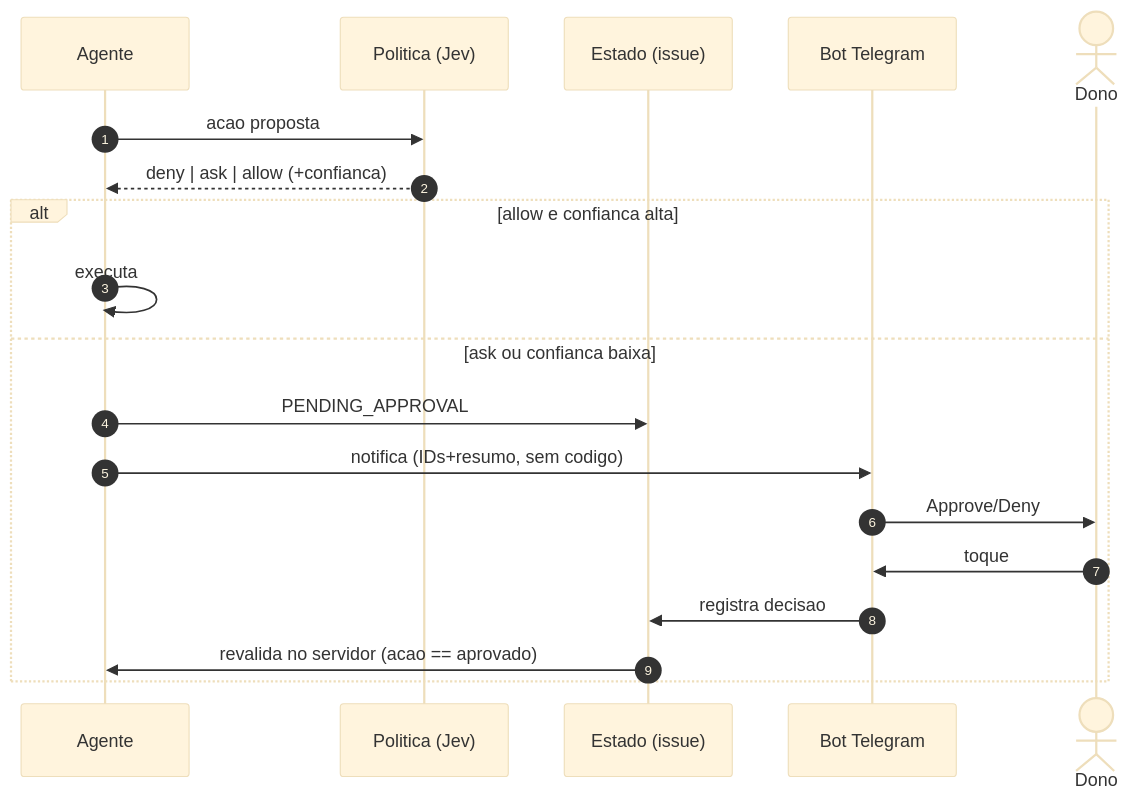
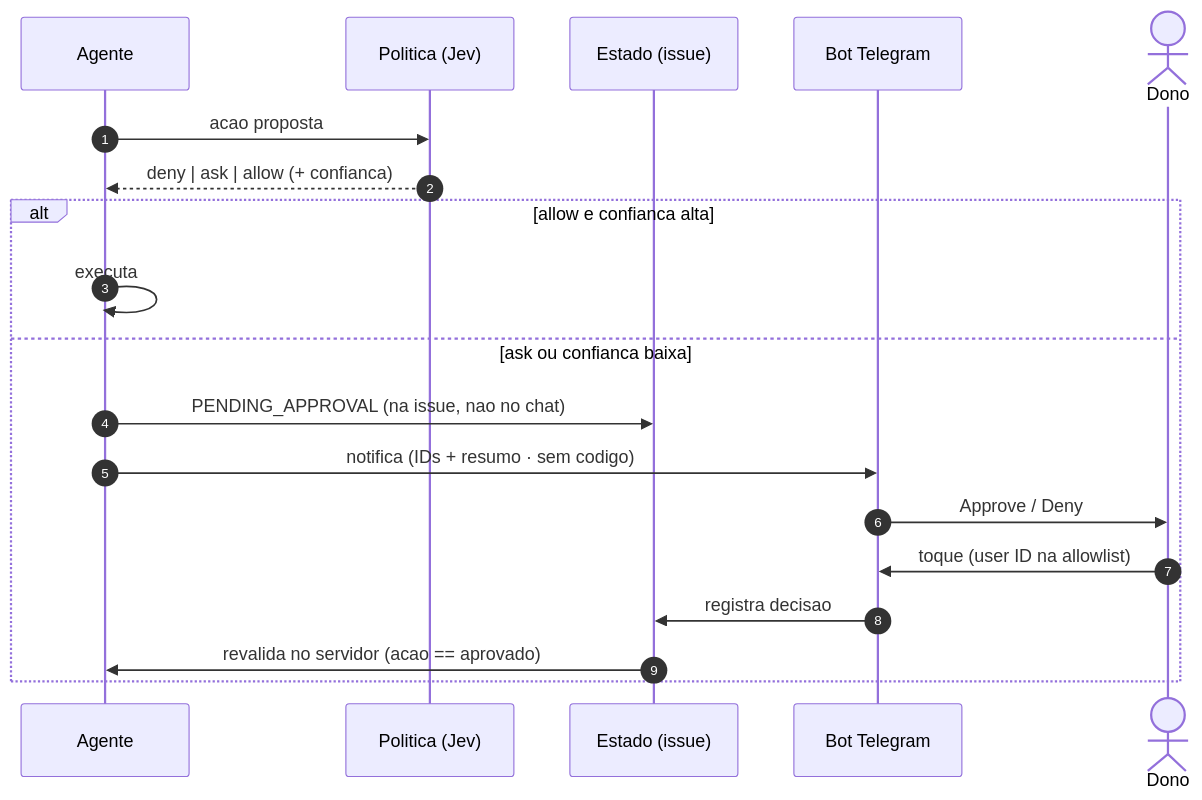
Before and after one commit to CenturyBoys/roboto: the eighth of 9 diagrams in research/ARCHITECTURE-C4.md, drawn with Mermaid. The commit also changed other lines of this file, not shown here.

First line of the commit message:
docs(research): ARCHITECTURE-C4 rev6 — flowchart estilo viva (layout + profundidade)

````diff
--- a/research/ARCHITECTURE-C4.md
+++ b/research/ARCHITECTURE-C4.md
@@ -265,22 +288,21 @@
 ```mermaid
-%%{init: {'theme':'base', 'themeVariables': {'background':'#FBF3DE'}}}%%
 sequenceDiagram
   autonumber
   participant Ag as Agente
   participant Pol as Politica (Jev)
   participant St as Estado (issue)
   participant TG as Bot Telegram
   actor Dono
   Ag->>Pol: acao proposta
-  Pol-->>Ag: deny | ask | allow (+confianca)
+  Pol-->>Ag: deny | ask | allow (+ confianca)
   alt allow e confianca alta
     Ag->>Ag: executa
   else ask ou confianca baixa
-    Ag->>St: PENDING_APPROVAL
-    Ag->>TG: notifica (IDs+resumo, sem codigo)
-    TG->>Dono: Approve/Deny
-    Dono->>TG: toque
+    Ag->>St: PENDING_APPROVAL (na issue, nao no chat)
+    Ag->>TG: notifica (IDs + resumo · sem codigo)
+    TG->>Dono: Approve / Deny
+    Dono->>TG: toque (user ID na allowlist)
     TG->>St: registra decisao
     St->>Ag: revalida no servidor (acao == aprovado)
   end
 ```
````
